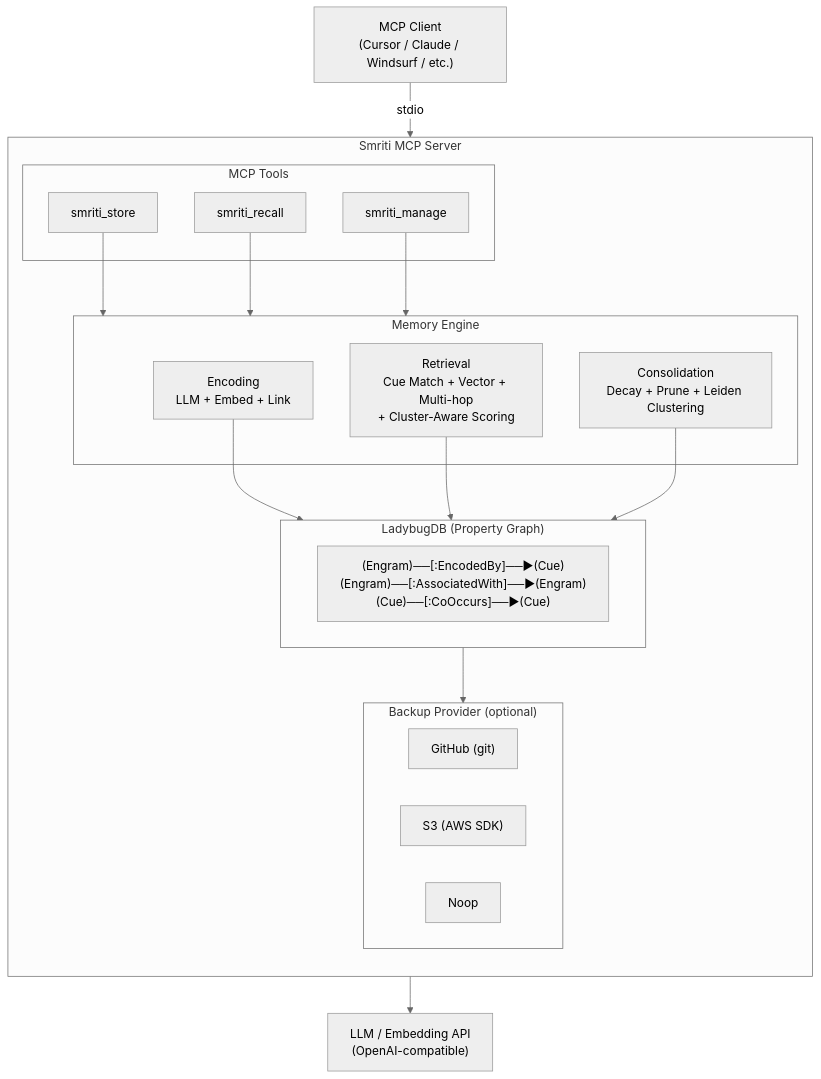
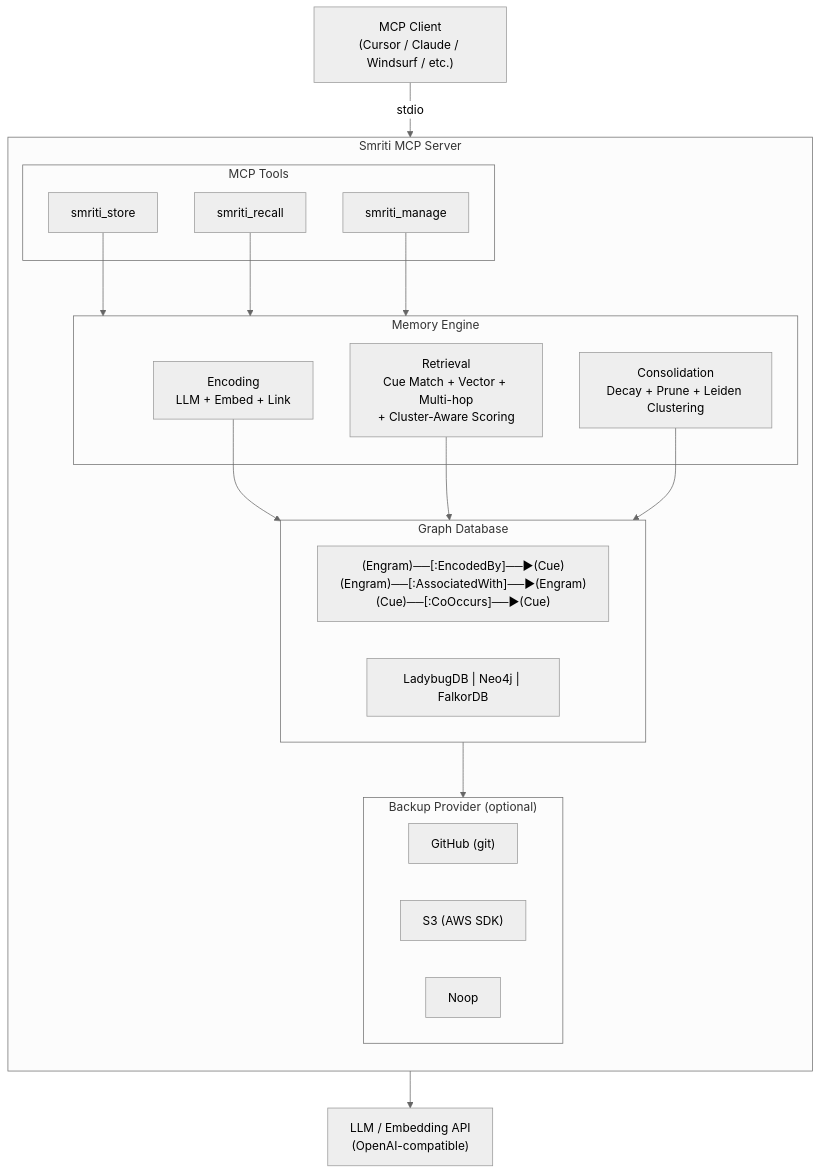
Before and after one commit to tejzpr/Smriti-MCP: the diagram in README.md, drawn with Mermaid (neutral theme). The commit also changed other lines of this file, not shown here.

Commit message:
Add multi-backend database support with Neo4j and FalkorDB integration

````diff
--- a/README.md
+++ b/README.md
@@ -33,38 +34,40 @@
 ```mermaid
 graph TD
     Client["MCP Client<br/>(Cursor / Claude / Windsurf / etc.)"]
     Client -->|stdio| Server
 
     subgraph Server["Smriti MCP Server"]
         direction TB
 
         subgraph Tools["MCP Tools"]
             Store["smriti_store"]
             Recall["smriti_recall"]
             Manage["smriti_manage"]
         end
 
         subgraph Engine["Memory Engine"]
             Encoding["Encoding<br/>LLM + Embed + Link"]
             Retrieval["Retrieval<br/>Cue Match + Vector + Multi-hop<br/>+ Cluster-Aware Scoring"]
             Consolidation["Consolidation<br/>Decay + Prune + Leiden Clustering"]
         end
 
-        subgraph DB["LadybugDB (Property Graph)"]
+        subgraph DB["Graph Database"]
+            direction LR
             Graph["(Engram)──[:EncodedBy]──▶(Cue)<br/>(Engram)──[:AssociatedWith]──▶(Engram)<br/>(Cue)──[:CoOccurs]──▶(Cue)"]
+            DBType["LadybugDB | Neo4j | FalkorDB"]
         end
 
         subgraph Backup["Backup Provider (optional)"]
             Git["GitHub (git)"]
             S3["S3 (AWS SDK)"]
             Noop["Noop"]
         end
 
         Store & Recall & Manage --> Engine
         Encoding & Retrieval & Consolidation --> DB
         DB --> Backup
     end
 
     LLM["LLM / Embedding API<br/>(OpenAI-compatible)"]
     Engine --> LLM
 ```
````
